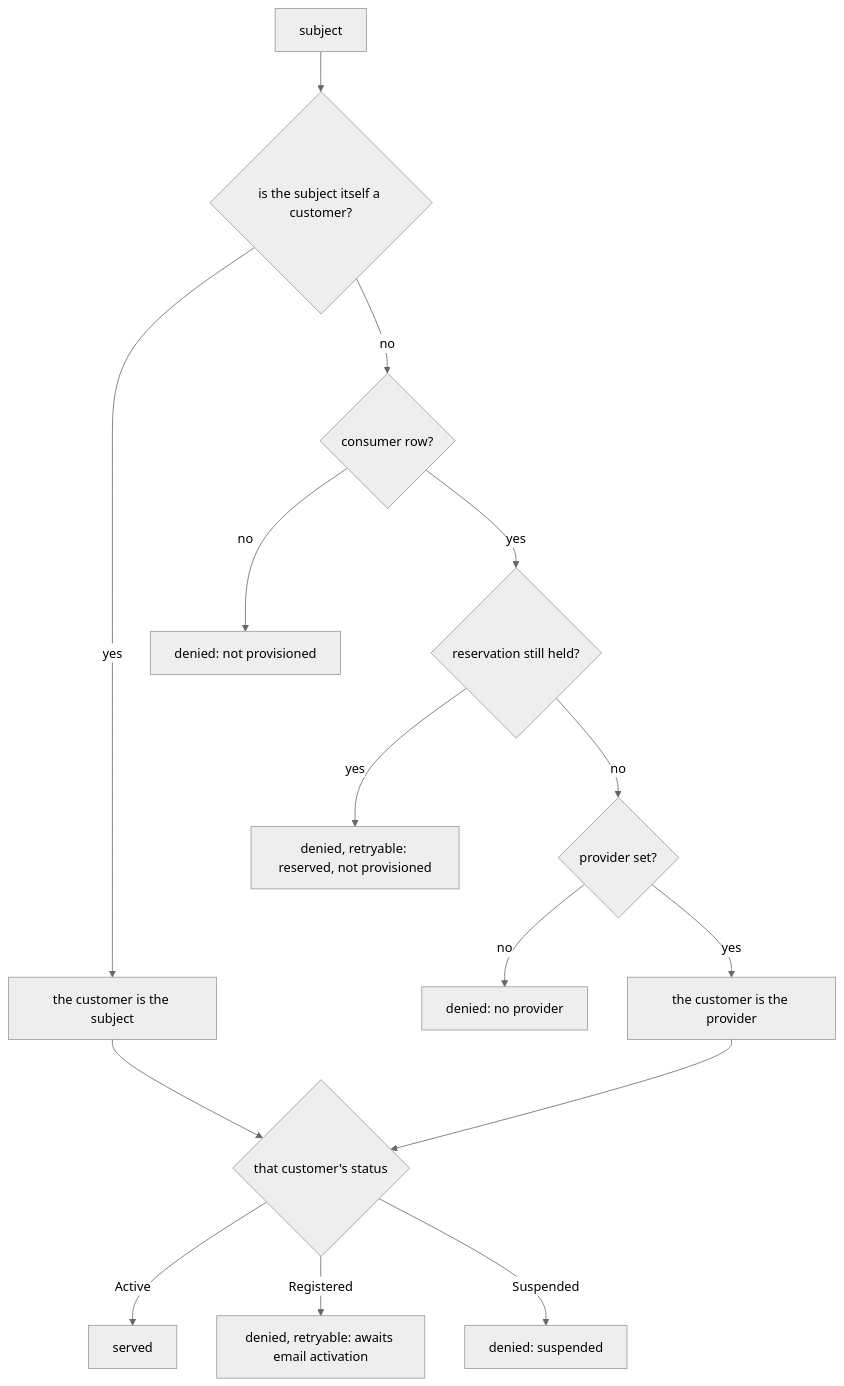
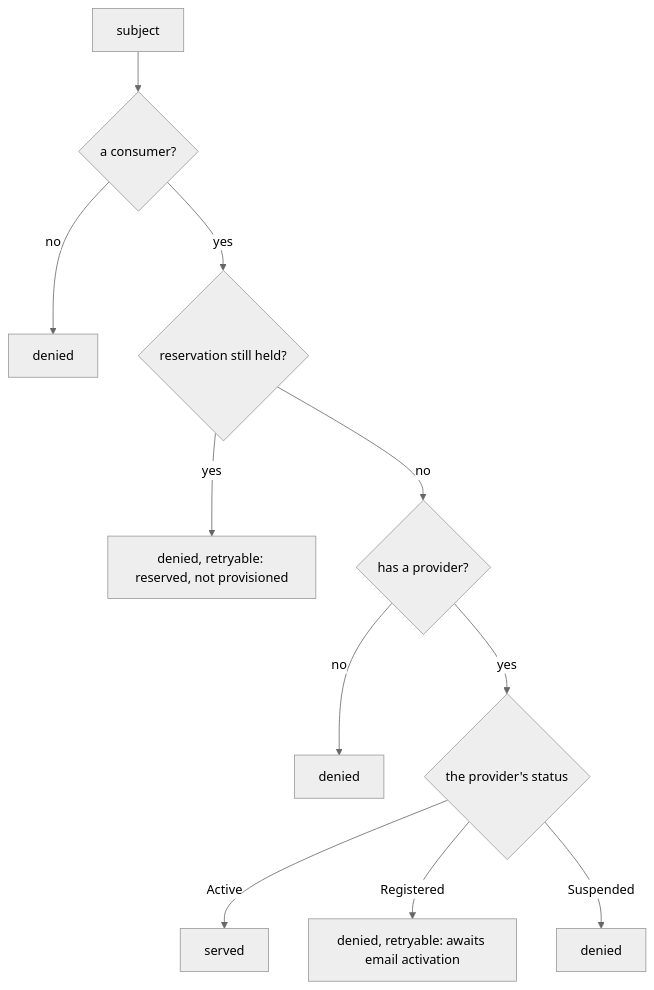
Before and after one commit to tonk-labs/tonk: the second of 3 diagrams in docs/access-control-schema.md, drawn with Mermaid (neutral theme). The commit also changed other lines of this file, not shown here.

Commit message:
docs(access): draw the gate as the one question it asks
The flowchart forked on whether the subject was a customer, which made
accounts and spaces look like they were judged by different rules. They
are not: an account holds a self-provided consumer row, so every subject
is a consumer and every consumer is served on its provider's status.

````diff
--- a/docs/access-control-schema.md
+++ b/docs/access-control-schema.md
@@ -84,17 +83,13 @@
 ```mermaid
 flowchart TD
-    A[subject] --> B{"is the subject itself a customer?"}
-    B -->|yes| S["the customer is the subject"]
-    B -->|no| D{"consumer row?"}
-    D -->|no| E["denied: not provisioned"]
+    A["subject"] --> D{"a consumer?"}
+    D -->|no| E["denied"]
     D -->|yes| F{"reservation still held?"}
     F -->|yes| G["denied, retryable: reserved, not provisioned"]
-    F -->|no| H{"provider set?"}
-    H -->|no| I["denied: no provider"]
-    H -->|yes| P["the customer is the provider"]
-    S --> Z{"that customer's status"}
-    P --> Z
+    F -->|no| H{"has a provider?"}
+    H -->|no| I["denied"]
+    H -->|yes| Z{"the provider's status"}
     Z -->|Active| K["served"]
     Z -->|Registered| L["denied, retryable: awaits email activation"]
-    Z -->|Suspended| M["denied: suspended"]
+    Z -->|Suspended| M["denied"]
 ```
````
